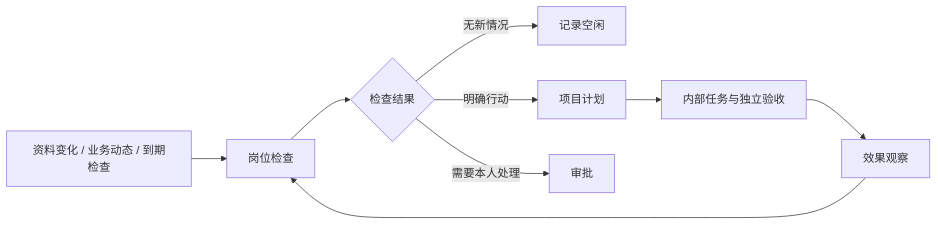
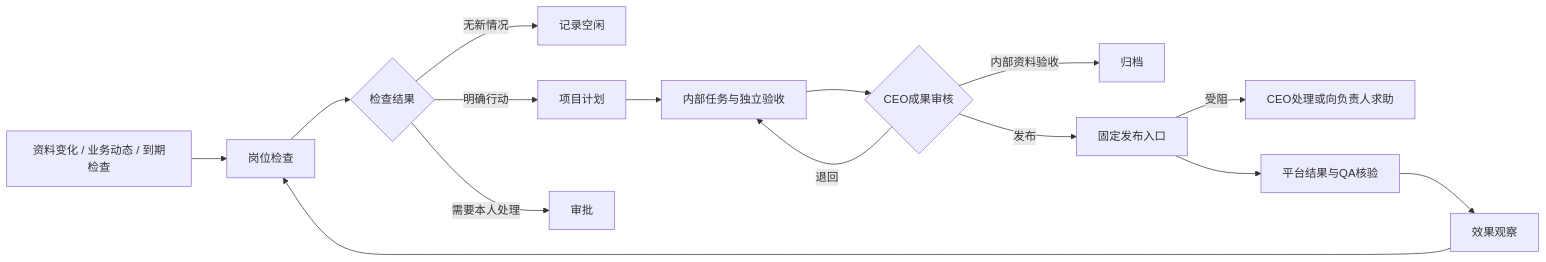
One commit to fusae/agent-autoloop changed the second of 3 diagrams in docs/company.md. Above: the diagram before and after it, drawn with Mermaid. The commit also changed other lines of this file and 18 other files, not shown here.

````diff
--- a/docs/company.md
+++ b/docs/company.md
@@ -100,11 +100,17 @@
 ```mermaid
 flowchart LR
   A[资料变化 / 业务动态 / 到期检查] --> B[岗位检查]
   B --> C{检查结果}
   C -->|无新情况| D[记录空闲]
   C -->|明确行动| E[项目计划]
   C -->|需要本人处理| F[审批]
   E --> G[内部任务与独立验收]
-  G --> H[效果观察]
+  G --> R{CEO成果审核}
+  R -->|退回| G
+  R -->|内部资料验收| C1[归档]
+  R -->|发布| P[固定发布入口]
+  P -->|受阻| CEO1[CEO处理或向负责人求助]
+  P --> Q[平台结果与QA核验]
+  Q --> H[效果观察]
   H --> B
 ```
````
